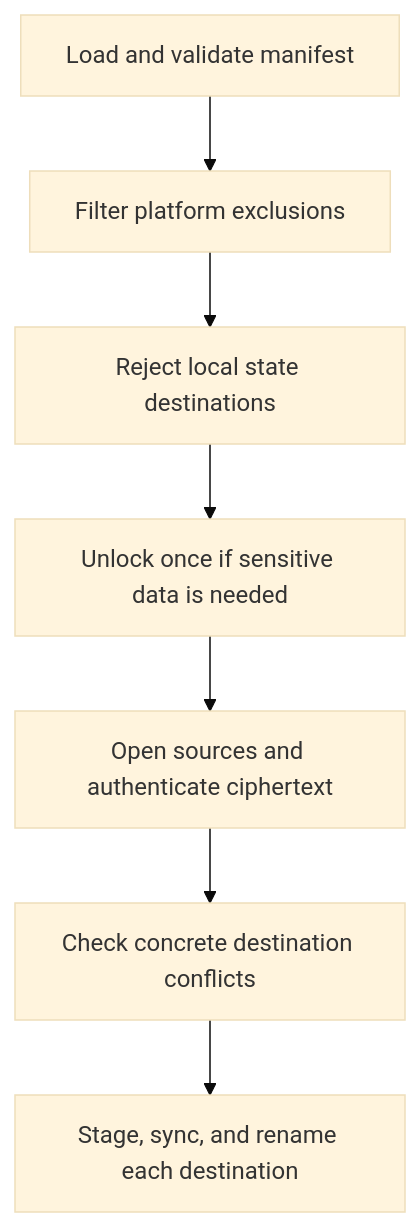
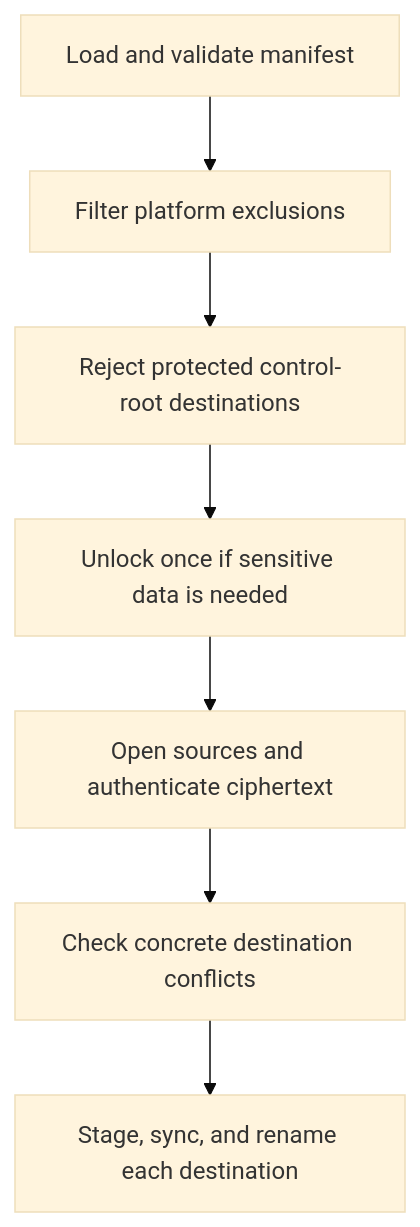
The second of 2 diagrams in docs/design.md (exdial/susu), drawn with Mermaid (base theme) before and after one commit. The commit also changed other lines of this file and 11 other files, not shown here.

````diff
--- a/docs/design.md
+++ b/docs/design.md
@@ -284,9 +285,9 @@
 ```mermaid
 flowchart TB
     Manifest[Load and validate manifest] --> Filter[Filter platform exclusions]
-    Filter --> StateGuard[Reject local state destinations]
-    StateGuard --> Unlock[Unlock once if sensitive data is needed]
+    Filter --> ControlGuard[Reject protected control-root destinations]
+    ControlGuard --> Unlock[Unlock once if sensitive data is needed]
     Unlock --> Preflight[Open sources and authenticate ciphertext]
     Preflight --> Conflicts[Check concrete destination conflicts]
     Conflicts --> Replace[Stage, sync, and rename each destination]
 ```
````
